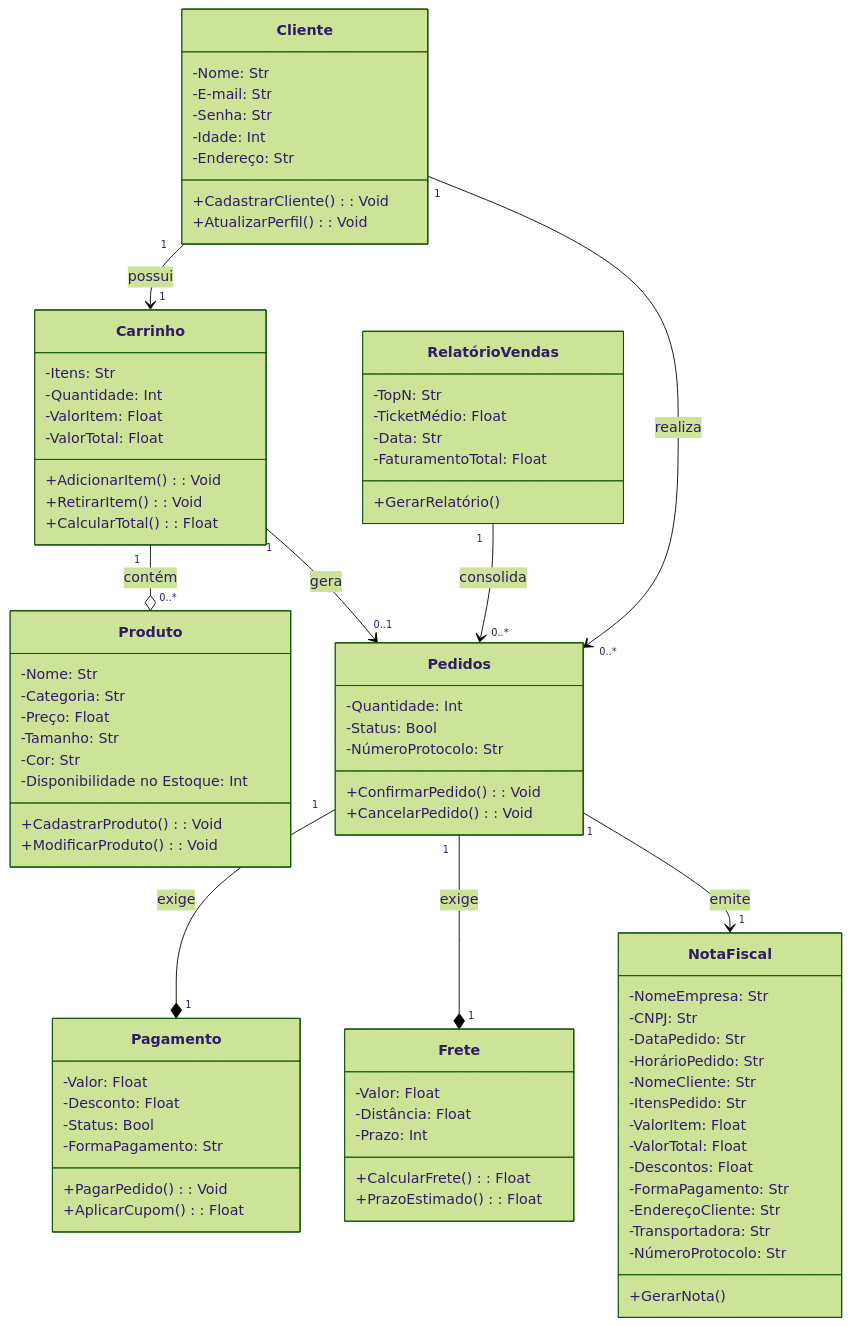
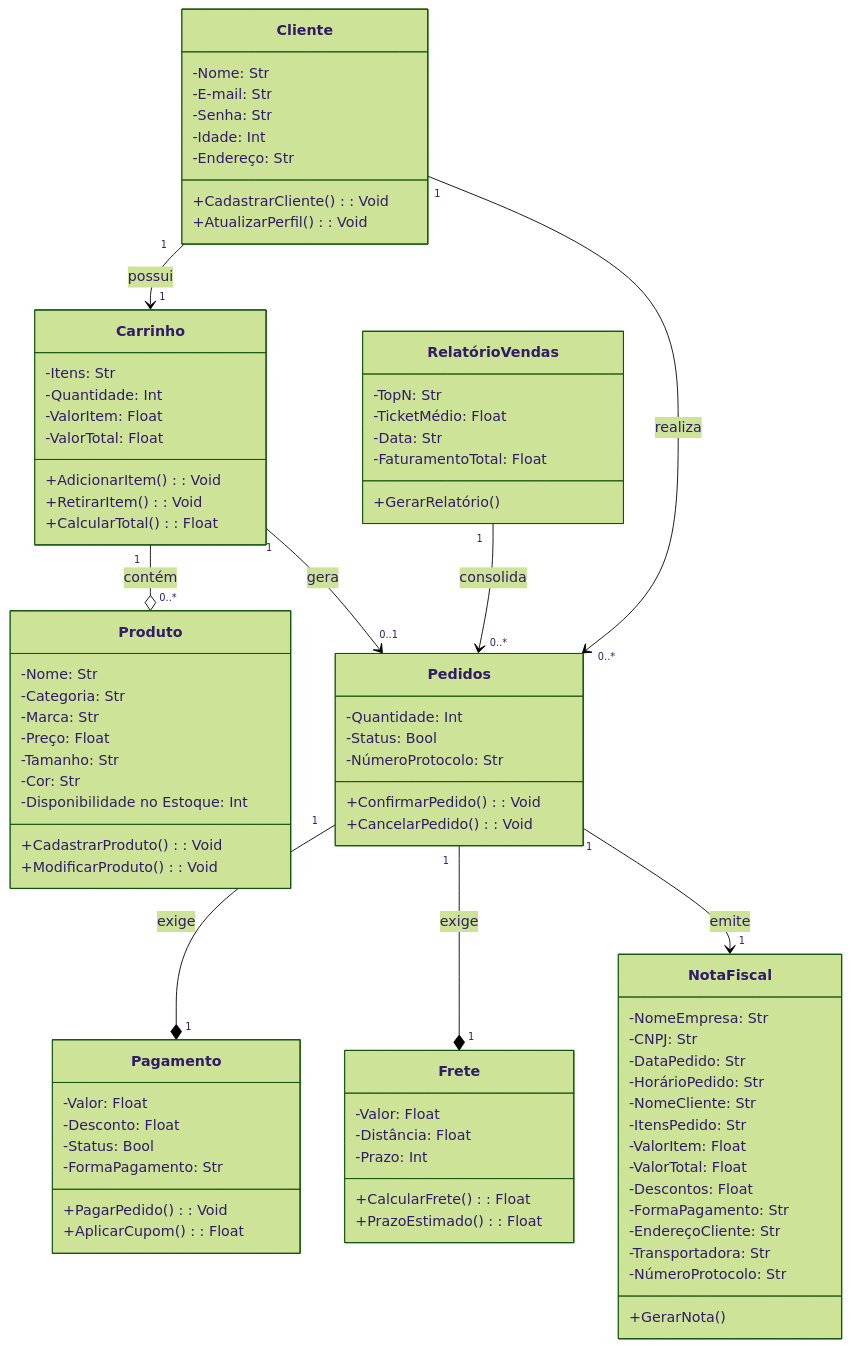
The diagram in README.md (stenio-vinicius/Sistema-de-Loja-Virtual-Simplificada), drawn with Mermaid (forest theme) before and after one commit. The commit also changed other lines of this file, not shown here.

Commit message:
Adicionando o atributo "Marca" na classe "Produto"

```diff
--- a/README.md
+++ b/README.md
@@ -246,6 +248,7 @@
     class Produto {
         -Nome: Str
         -Categoria: Str
+        -Marca: Str
         -Preço: Float
         -Tamanho: Str
         -Cor: Str
```
